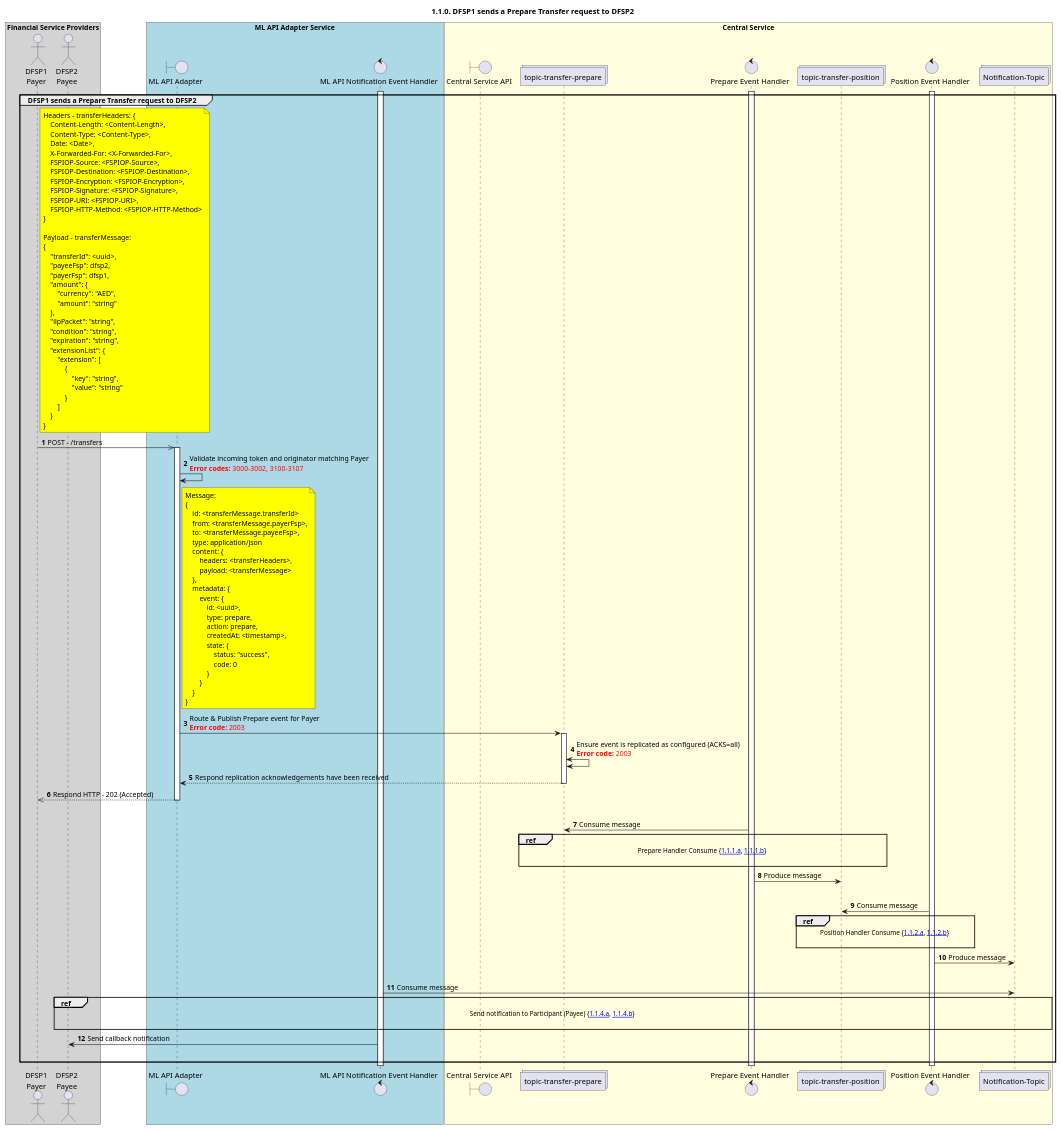
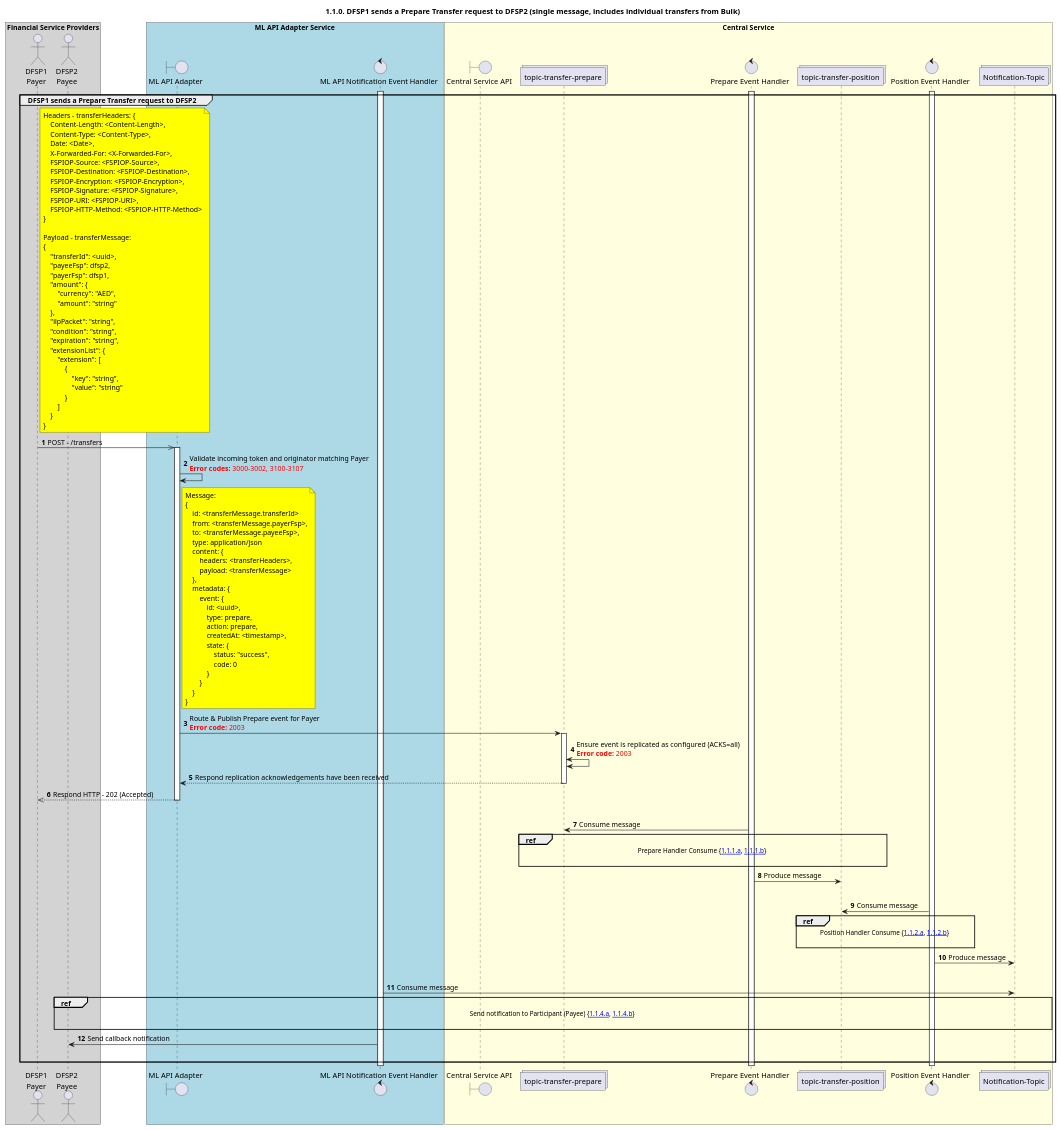
One commit to mojaloop/documentation changed the diagram in mojaloop-technical-overview/central-ledger/assets/diagrams/sequence/seq-prepare-1.1.0.plantuml. Above: the diagram before and after it, drawn with PlantUML. The commit also changed 2 other files, not shown here.

```diff
--- a/mojaloop-technical-overview/central-ledger/assets/diagrams/sequence/seq-prepare-1.1.0.plantuml
+++ b/mojaloop-technical-overview/central-ledger/assets/diagrams/sequence/seq-prepare-1.1.0.plantuml
@@ -26,138 +26,138 @@
 @startuml
 ' declate title
-title 1.1.0. DFSP1 sends a Prepare Transfer request to DFSP2
+title 1.1.0. DFSP1 sends a Prepare Transfer request to DFSP2 (single message, includes individual transfers from Bulk)
 
 autonumber
 
 ' Actor Keys:
 '   boundary - APIs/Interfaces, etc
 '   collections - Kafka Topics
 '   control - Kafka Consumers
 '   entity - Database Access Objects
 '   database - Database Persistance Store
 
 ' declare actors
 actor "DFSP1\nPayer" as DFSP1
 actor "DFSP2\nPayee" as DFSP2
 boundary "ML API Adapter" as MLAPI
 control "ML API Notification Event Handler" as NOTIFY_HANDLER
 boundary "Central Service API" as CSAPI
 collections "topic-transfer-prepare" as TOPIC_TRANSFER_PREPARE
 control "Prepare Event Handler" as PREP_HANDLER
 collections "topic-transfer-position" as TOPIC_TRANSFER_POSITION
 control "Position Event Handler" as POS_HANDLER
 collections "Notification-Topic" as TOPIC_NOTIFICATIONS
 
 box "Financial Service Providers" #lightGray
 	participant DFSP1
 	participant DFSP2
 end box
 
 box "ML API Adapter Service" #LightBlue
 	participant MLAPI
 	participant NOTIFY_HANDLER
 end box
 
 box "Central Service" #LightYellow
     participant CSAPI
 	participant TOPIC_TRANSFER_PREPARE
     participant PREP_HANDLER
     participant TOPIC_TRANSFER_POSITION
     participant POS_HANDLER
     participant TOPIC_NOTIFICATIONS
 end box
 
 ' start flow
 activate NOTIFY_HANDLER
 activate PREP_HANDLER
 activate POS_HANDLER
 group DFSP1 sends a Prepare Transfer request to DFSP2
     note right of DFSP1 #yellow
         Headers - transferHeaders: {
             Content-Length: <Content-Length>,
             Content-Type: <Content-Type>,
             Date: <Date>,
             X-Forwarded-For: <X-Forwarded-For>,
             FSPIOP-Source: <FSPIOP-Source>,
             FSPIOP-Destination: <FSPIOP-Destination>,
             FSPIOP-Encryption: <FSPIOP-Encryption>,
             FSPIOP-Signature: <FSPIOP-Signature>,
             FSPIOP-URI: <FSPIOP-URI>,
             FSPIOP-HTTP-Method: <FSPIOP-HTTP-Method>
         }
 
         Payload - transferMessage:
         {
             "transferId": <uuid>,
             "payeeFsp": dfsp2,
             "payerFsp": dfsp1,
             "amount": {
                 "currency": "AED",
                 "amount": "string"
             },
             "ilpPacket": "string",
             "condition": "string",
             "expiration": "string",
             "extensionList": {
                 "extension": [
                     {
                         "key": "string",
                         "value": "string"
                     }
                 ]
             }
         }
     end note
     DFSP1 ->> MLAPI: POST - /transfers
     activate MLAPI
     MLAPI -> MLAPI: Validate incoming token and originator matching Payer\n<color #FF0000><b>Error codes:</b> 3000-3002, 3100-3107</color>
     note right of MLAPI #yellow
         Message:
         {
             id: <transferMessage.transferId>
             from: <transferMessage.payerFsp>,
             to: <transferMessage.payeeFsp>,
             type: application/json
             content: {
                 headers: <transferHeaders>,
                 payload: <transferMessage>
             },
             metadata: {
                 event: {
                     id: <uuid>,
                     type: prepare,
                     action: prepare,
                     createdAt: <timestamp>,
                     state: {
                         status: "success",
                         code: 0
                     }
                 }
             }
         }
     end note
     MLAPI -> TOPIC_TRANSFER_PREPARE: Route & Publish Prepare event for Payer\n<color #FF0000><b>Error code:</b> 2003</color>
     activate TOPIC_TRANSFER_PREPARE
     TOPIC_TRANSFER_PREPARE <-> TOPIC_TRANSFER_PREPARE: Ensure event is replicated as configured (ACKS=all)\n<color #FF0000><b>Error code:</b> 2003</color>
     TOPIC_TRANSFER_PREPARE --> MLAPI: Respond replication acknowledgements have been received
     deactivate TOPIC_TRANSFER_PREPARE
     MLAPI -->> DFSP1: Respond HTTP - 202 (Accepted)
     deactivate MLAPI
     |||
     TOPIC_TRANSFER_PREPARE <- PREP_HANDLER: Consume message
     ref over TOPIC_TRANSFER_PREPARE, PREP_HANDLER, TOPIC_TRANSFER_POSITION :  Prepare Handler Consume {[[https://github.com/mojaloop/docs/blob/master/Diagrams/SequenceDiagrams/seq-prepare-1.1.1.a.svg 1.1.1.a]], [[https://github.com/mojaloop/docs/blob/master/Diagrams/SequenceDiagrams/seq-prepare-1.1.1.b.svg 1.1.1.b]]} \n
     PREP_HANDLER -> TOPIC_TRANSFER_POSITION: Produce message
     |||
     TOPIC_TRANSFER_POSITION <- POS_HANDLER: Consume message
     ref over TOPIC_TRANSFER_POSITION, POS_HANDLER : Position Handler Consume {[[https://github.com/mojaloop/docs/blob/master/Diagrams/SequenceDiagrams/seq-prepare-1.1.2.a.svg 1.1.2.a]], [[https://github.com/mojaloop/docs/blob/master/Diagrams/SequenceDiagrams/seq-prepare-1.1.2.b.svg 1.1.2.b]]} \n
     POS_HANDLER -> TOPIC_NOTIFICATIONS: Produce message
     |||
     TOPIC_NOTIFICATIONS <- NOTIFY_HANDLER: Consume message
     ref over DFSP2, TOPIC_NOTIFICATIONS : Send notification to Participant (Payee) {[[https://github.com/mojaloop/docs/blob/master/Diagrams/SequenceDiagrams/seq-prepare-1.1.4.a.svg 1.1.4.a]], [[https://github.com/mojaloop/docs/blob/master/Diagrams/SequenceDiagrams/seq-prepare-1.1.4.b.svg 1.1.4.b]]} \n
     NOTIFY_HANDLER -> DFSP2: Send callback notification
     |||
 end
 deactivate POS_HANDLER
 deactivate PREP_HANDLER
 deactivate NOTIFY_HANDLER
 @enduml
```
